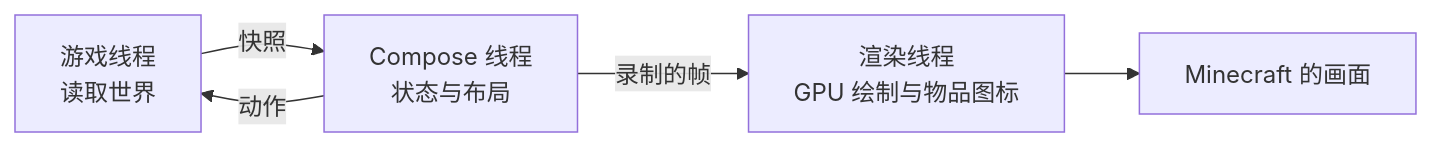
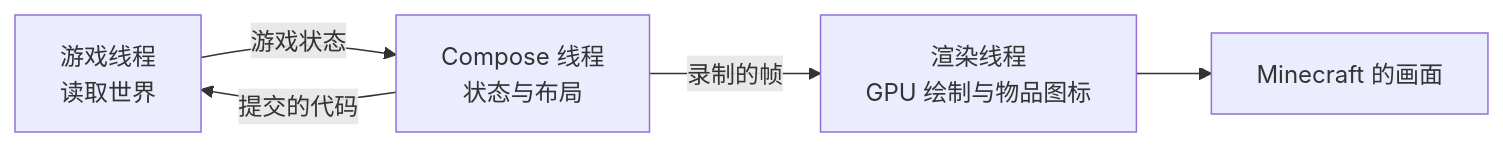
The second of 2 diagrams in docs/zh-CN/architecture.md (Frostbite-time/CompixelUI), drawn with Mermaid before and after one commit. The commit also changed other lines of this file and 91 other files, not shown here.

````diff
--- a/docs/zh-CN/architecture.md
+++ b/docs/zh-CN/architecture.md
@@ -57,7 +57,7 @@
 ```mermaid
 flowchart LR
-    game["游戏线程<br/>读取世界"] -- 快照 --> compose["Compose 线程<br/>状态与布局"]
-    compose -- 动作 --> game
+    game["游戏线程<br/>读取世界"] -- 游戏状态 --> compose["Compose 线程<br/>状态与布局"]
+    compose -- 提交的代码 --> game
     compose -- 录制的帧 --> gpu["渲染线程<br/>GPU 绘制与物品图标"]
     gpu --> frame["Minecraft 的画面"]
 ```
````
